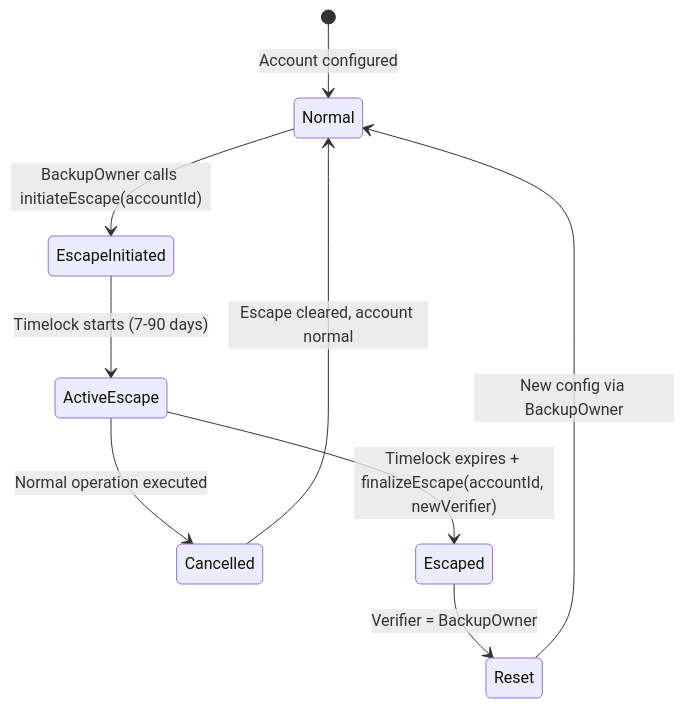
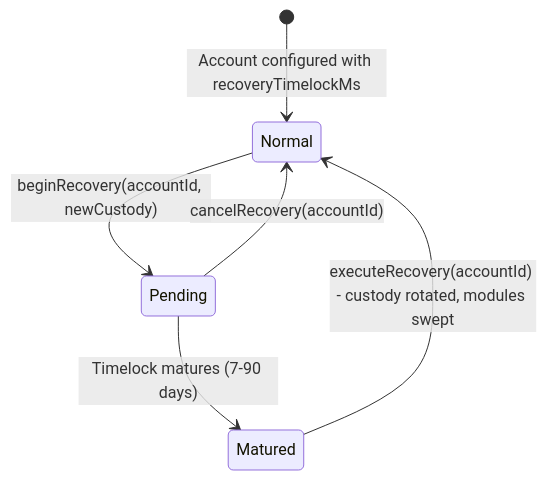
The second of 2 diagrams in docs/SECURITY_MODEL.md (r3e-network/neo-os-aa), drawn with Mermaid before and after one commit. The commit also changed other lines of this file and 425 other files, not shown here.

````diff
--- a/docs/SECURITY_MODEL.md
+++ b/docs/SECURITY_MODEL.md
@@ -577,11 +579,8 @@
 ```mermaid
 stateDiagram-v2
-    [*] --> Normal: Account configured
-    Normal --> EscapeInitiated: BackupOwner calls initiateEscape(accountId)
-    EscapeInitiated --> ActiveEscape: Timelock starts (7-90 days)
-    ActiveEscape --> Cancelled: Normal operation executed
-    ActiveEscape --> Escaped: Timelock expires + finalizeEscape(accountId, newVerifier)
-    Cancelled --> Normal: Escape cleared, account normal
-    Escaped --> Reset: Verifier = BackupOwner
-    Reset --> Normal: New config via BackupOwner
+    [*] --> Normal: Account configured with recoveryTimelockMs
+    Normal --> Pending: beginRecovery(accountId, newCustody)
+    Pending --> Normal: cancelRecovery(accountId)
+    Pending --> Matured: Timelock matures (7-90 days)
+    Matured --> Normal: executeRecovery(accountId) - custody rotated, modules swept
 ```
````
